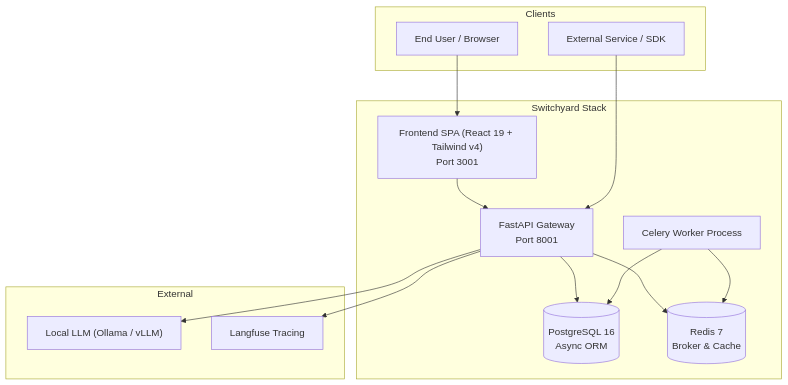
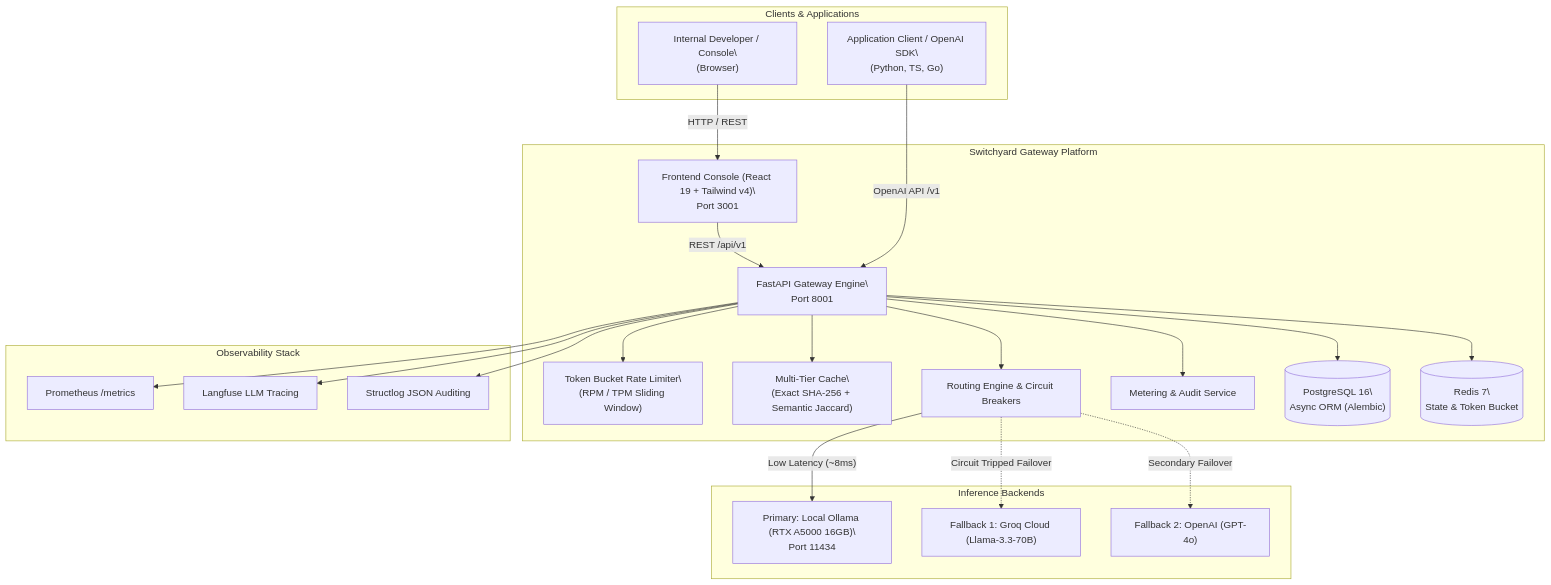
One commit to Kyrollo/switchyard changed the first of 3 diagrams in docs/architecture.md. Above: the diagram before and after it, drawn with Mermaid. The commit also changed other lines of this file and 25 other files, not shown here.

Commit message:
feat(switchyard): complete production gateway with routing engine, rate limiting, semantic cache, live GPU monitor, and synthesized UI

````diff
--- a/docs/architecture.md
+++ b/docs/architecture.md
@@ -5,30 +9,49 @@
 ```mermaid
 flowchart TD
-    subgraph Clients
-        WebUser["End User / Browser"]
-        APIClient["External Service / SDK"]
+    subgraph Clients["Clients & Applications"]
+        WebUser["Internal Developer / Console\\n(Browser)"]
+        SDKClient["Application Client / OpenAI SDK\\n(Python, TS, Go)"]
     end
 
-    subgraph Switchyard Stack
-        Frontend["Frontend SPA (React 19 + Tailwind v4)\nPort 3001"]
-        Gateway["FastAPI Gateway\nPort 8001"]
-        Worker["Celery Worker Process"]
-        DB[("PostgreSQL 16\nAsync ORM")]
-        Redis[("Redis 7\nBroker & Cache")]
+    subgraph Switchyard["Switchyard Gateway Platform"]
+        Frontend["Frontend Console (React 19 + Tailwind v4)\\nPort 3001"]
+        API["FastAPI Gateway Engine\\nPort 8001"]
+        RateLimiter["Token Bucket Rate Limiter\\n(RPM / TPM Sliding Window)"]
+        SemanticCache["Multi-Tier Cache\\n(Exact SHA-256 + Semantic Jaccard)"]
+        RouterEngine["Routing Engine & Circuit Breakers"]
+        Metering["Metering & Audit Service"]
+        DB[("PostgreSQL 16\\nAsync ORM (Alembic)")]
+        Redis[("Redis 7\\nState & Token Bucket")]
     end
 
-    subgraph External
-        Ollama["Local LLM (Ollama / vLLM)"]
-        Langfuse["Langfuse Tracing"]
+    subgraph Backends["Inference Backends"]
+        LocalGPU["Primary: Local Ollama (RTX A5000 16GB)\\nPort 11434"]
+        Groq["Fallback 1: Groq Cloud (Llama-3.3-70B)"]
+        OpenAI["Fallback 2: OpenAI (GPT-4o)"]
     end
 
-    WebUser --> Frontend
-    Frontend --> Gateway
-    APIClient --> Gateway
-    Gateway --> DB
-    Gateway --> Redis
-    Gateway --> Ollama
-    Gateway --> Langfuse
-    Worker --> Redis
-    Worker --> DB
+    subgraph Observability["Observability Stack"]
+        Prometheus["Prometheus /metrics"]
+        Langfuse["Langfuse LLM Tracing"]
+        Structlog["Structlog JSON Auditing"]
+    end
+
+    WebUser -->|"HTTP / REST"| Frontend
+    Frontend -->|"REST /api/v1"| API
+    SDKClient -->|"OpenAI API /v1"| API
+
+    API --> RateLimiter
+    API --> SemanticCache
+    API --> RouterEngine
+    API --> Metering
+
+    RouterEngine -->|"Low Latency (~8ms)"| LocalGPU
+    RouterEngine -.->|"Circuit Tripped Failover"| Groq
+    RouterEngine -.->|"Secondary Failover"| OpenAI
+
+    API --> DB
+    API --> Redis
+    API --> Prometheus
+    API --> Langfuse
+    API --> Structlog
 ```
````
